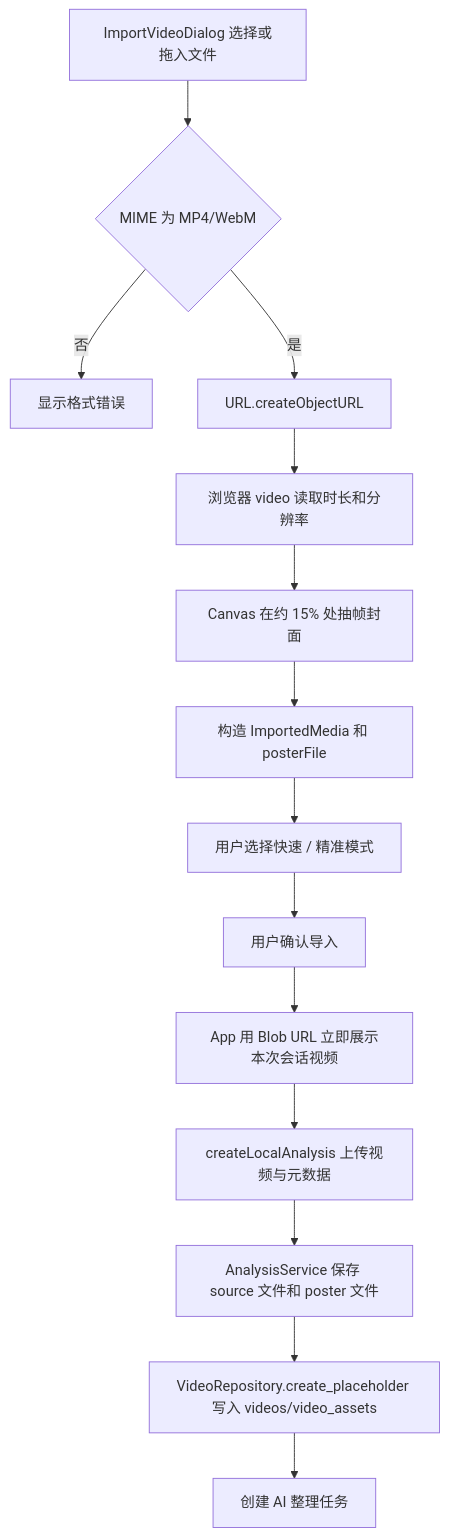
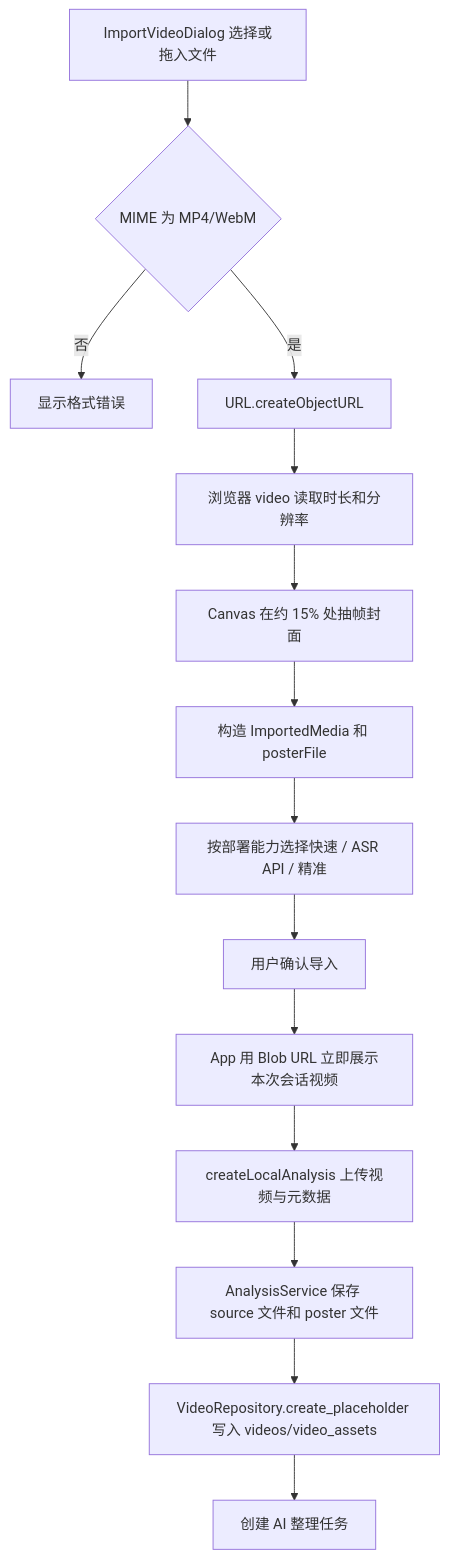
Diagram 11 of 23 in docs/项目说明文档.md (qwe605/xunlei_ai_video), drawn with Mermaid before and after one commit. The commit also changed other lines of this file and 1 other file, not shown here.

````diff
--- a/docs/项目说明文档.md
+++ b/docs/项目说明文档.md
@@ -649,16 +649,16 @@
 ```mermaid
 flowchart TD
     A["ImportVideoDialog 选择或拖入文件"] --> B{"MIME 为 MP4/WebM"}
     B -->|否| C["显示格式错误"]
     B -->|是| D["URL.createObjectURL"]
     D --> E["浏览器 video 读取时长和分辨率"]
     E --> F["Canvas 在约 15% 处抽帧封面"]
     F --> G["构造 ImportedMedia 和 posterFile"]
-    G --> H["用户选择快速 / 精准模式"]
+    G --> H["按部署能力选择快速 / ASR API / 精准"]
     H --> I["用户确认导入"]
     I --> J["App 用 Blob URL 立即展示本次会话视频"]
     J --> K["createLocalAnalysis 上传视频与元数据"]
     K --> L["AnalysisService 保存 source 文件和 poster 文件"]
     L --> M["VideoRepository.create_placeholder 写入 videos/video_assets"]
     M --> N["创建 AI 整理任务"]
 ```
````
